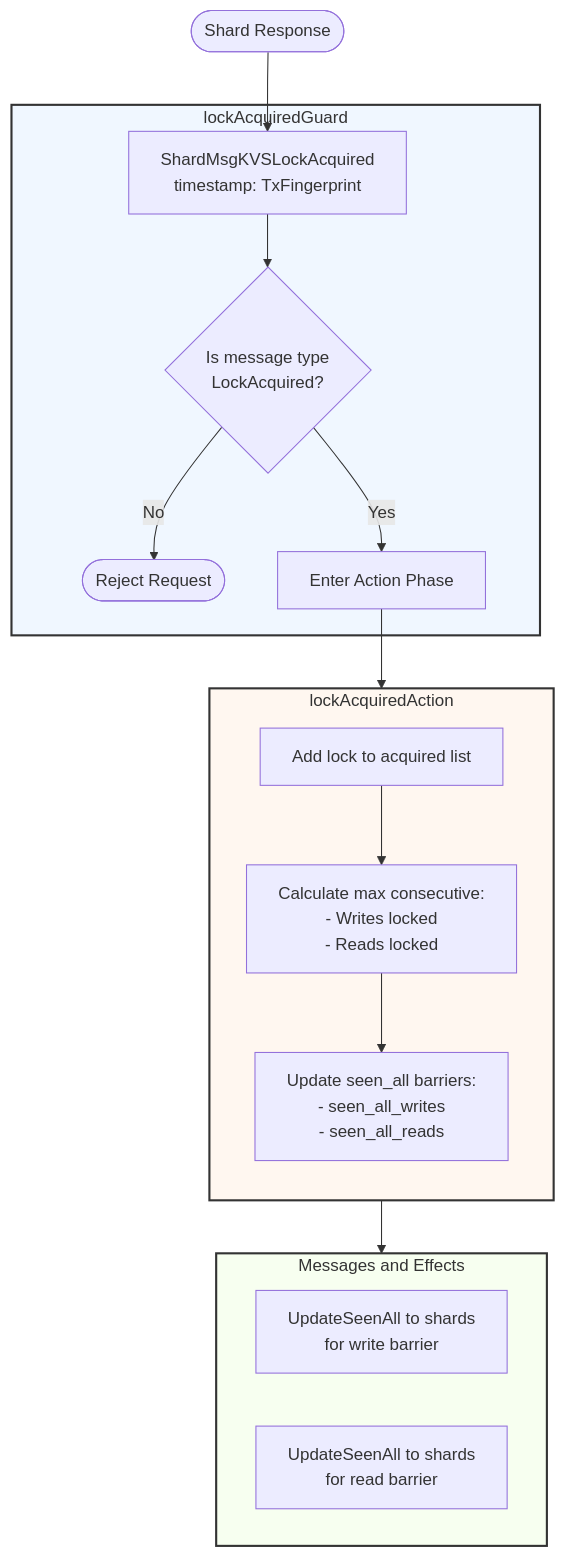
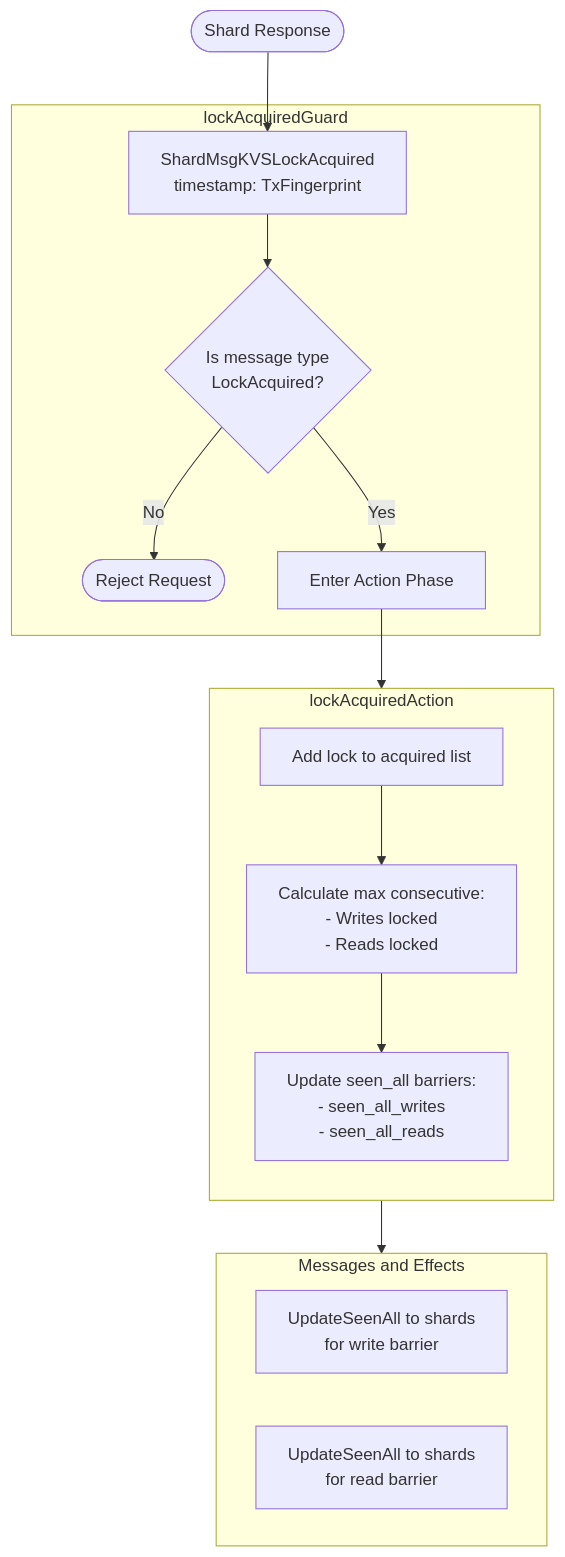
One commit to anoma/nspec changed the first of 2 diagrams in docs/arch/node/engines/mempool_worker_behaviour.juvix.md. Above: the diagram before and after it, drawn with Mermaid. The commit also changed other lines of this file and 2 other files, not shown here.

Commit message:
Enhance documentation for Mempool Worker: improved clarity and consistency in transaction request flow, updated message types, and refined sequence diagrams.

````diff
--- a/docs/arch/node/engines/mempool_worker_behaviour.juvix.md
+++ b/docs/arch/node/engines/mempool_worker_behaviour.juvix.md
@@ -151,30 +152,26 @@
 ```mermaid
 flowchart TD
     Start([Shard Response]) --> MsgReq[ShardMsgKVSLockAcquired<br/>timestamp: TxFingerprint]
 
     subgraph Guard["lockAcquiredGuard"]
         MsgReq --> ValidType{Is message type<br/>LockAcquired?}
         ValidType -->|No| Reject([Reject Request])
         ValidType -->|Yes| ActionEntry[Enter Action Phase]
     end
 
     ActionEntry --> Action
 
     subgraph Action["lockAcquiredAction"]
         direction TB
         AddLock[Add lock to acquired list]
         AddLock --> CalcMax[Calculate max consecutive:<br/>- Writes locked<br/>- Reads locked]
         CalcMax --> UpdateBarriers[Update seen_all barriers:<br/>- seen_all_writes<br/>- seen_all_reads]
     end
 
     UpdateBarriers --> Msgs
 
     subgraph Msgs[Messages and Effects]
         BcastWrite[UpdateSeenAll to shards<br/>for write barrier]
         BcastRead[UpdateSeenAll to shards<br/>for read barrier]
     end
-
-    style Guard fill:#f0f7ff,stroke:#333,stroke-width:2px
-    style Action fill:#fff7f0,stroke:#333,stroke-width:2px
-    style Msgs fill:#f7fff0,stroke:#333,stroke-width:2px
 ```
````
